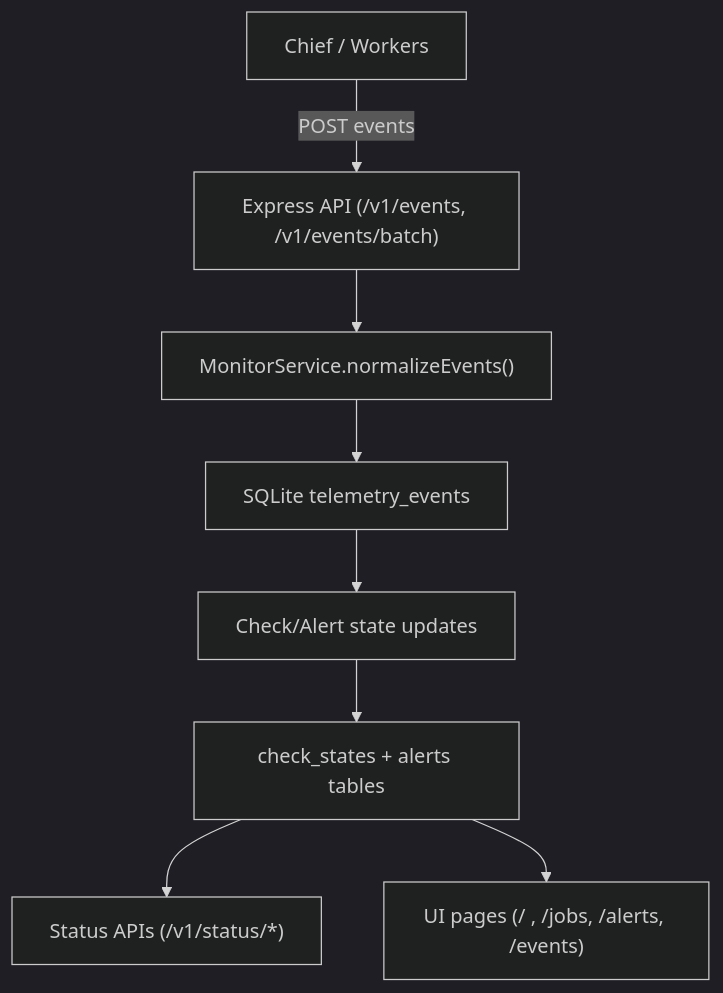
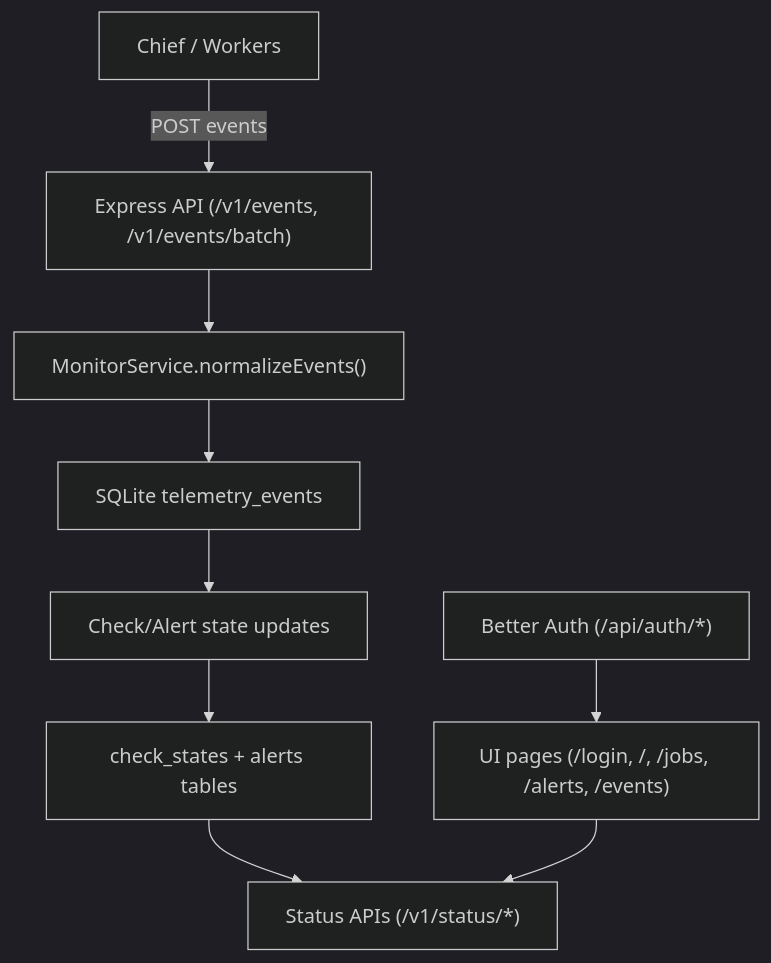
One commit to joshelvn11/gulag-monitor changed the diagram in docs/MONITOR_TECHNICAL_GUIDE.md. Above: the diagram before and after it, drawn with Mermaid (dark theme). The commit also changed other lines of this file and 31 other files, not shown here.

Commit message:
implemented web ui auth with better auth

````diff
--- a/docs/MONITOR_TECHNICAL_GUIDE.md
+++ b/docs/MONITOR_TECHNICAL_GUIDE.md
@@ -49,10 +49,11 @@
 ```mermaid
 flowchart TD
   A["Chief / Workers"] -->|POST events| B["Express API (/v1/events, /v1/events/batch)"]
   B --> C["MonitorService.normalizeEvents()"]
   C --> D["SQLite telemetry_events"]
   D --> E["Check/Alert state updates"]
   E --> F["check_states + alerts tables"]
+  I["Better Auth (/api/auth/*)"] --> H["UI pages (/login, /, /jobs, /alerts, /events)"]
   F --> G["Status APIs (/v1/status/*)"]
-  F --> H["UI pages (/ , /jobs, /alerts, /events)"]
+  H --> G
 ```
````
